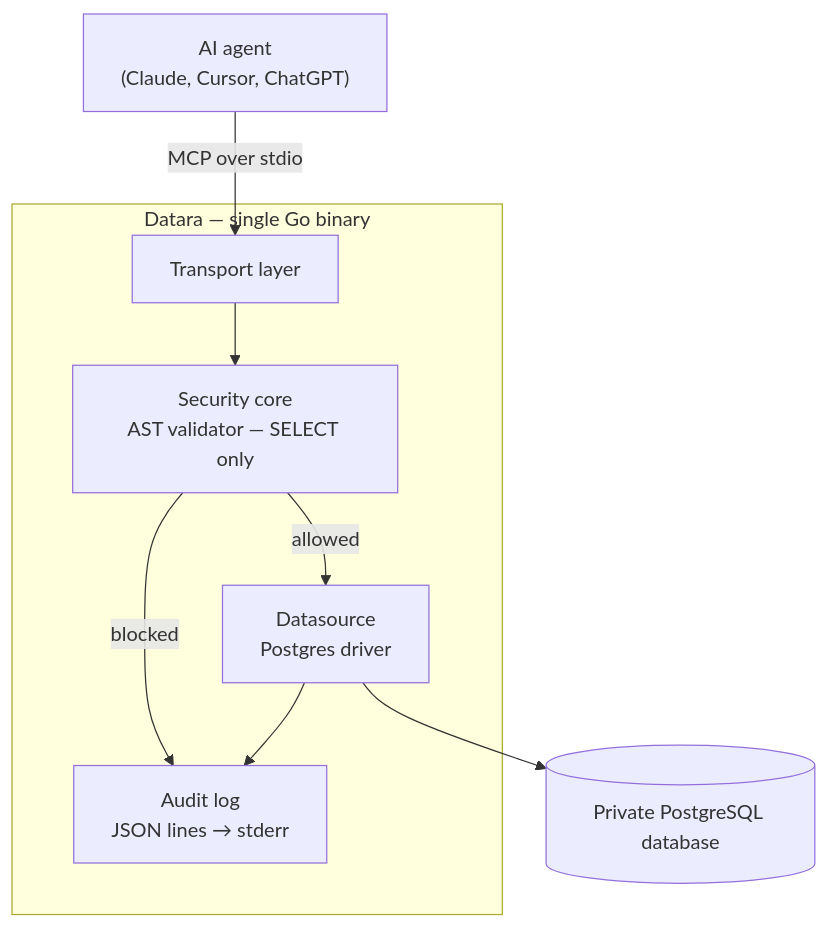
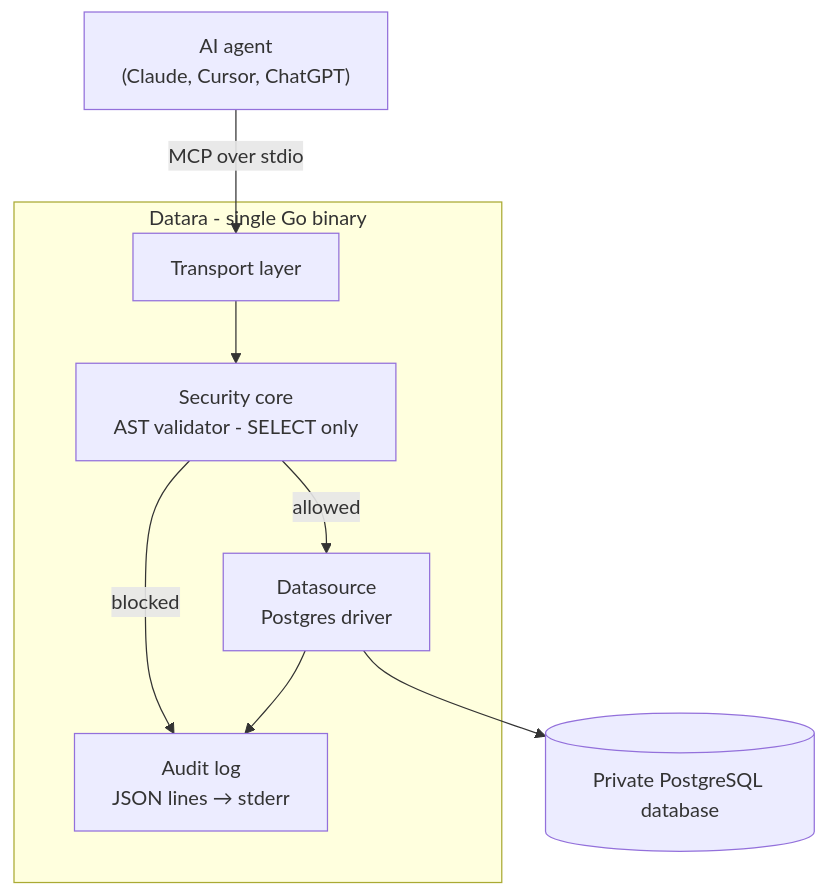
One commit to Fabien-Halaby/datara changed the diagram in README.md. Above: the diagram before and after it, drawn with Mermaid. The commit also changed other lines of this file, not shown here.

````diff
--- a/README.md
+++ b/README.md
@@ -42,13 +42,13 @@
 ```mermaid
 flowchart TD
     A["AI agent<br/>(Claude, Cursor, ChatGPT)"] -->|MCP over stdio| B[Transport layer]
 
-    subgraph Datara["Datara — single Go binary"]
-        B --> C["Security core<br/>AST validator — SELECT only"]
+    subgraph Datara["Datara - single Go binary"]
+        B --> C["Security core<br/>AST validator - SELECT only"]
         C -->|allowed| D["Datasource<br/>Postgres driver"]
         C -->|blocked| E["Audit log<br/>JSON lines → stderr"]
         D --> E
     end
 
     D --> F[(Private PostgreSQL database)]
 ```
````
